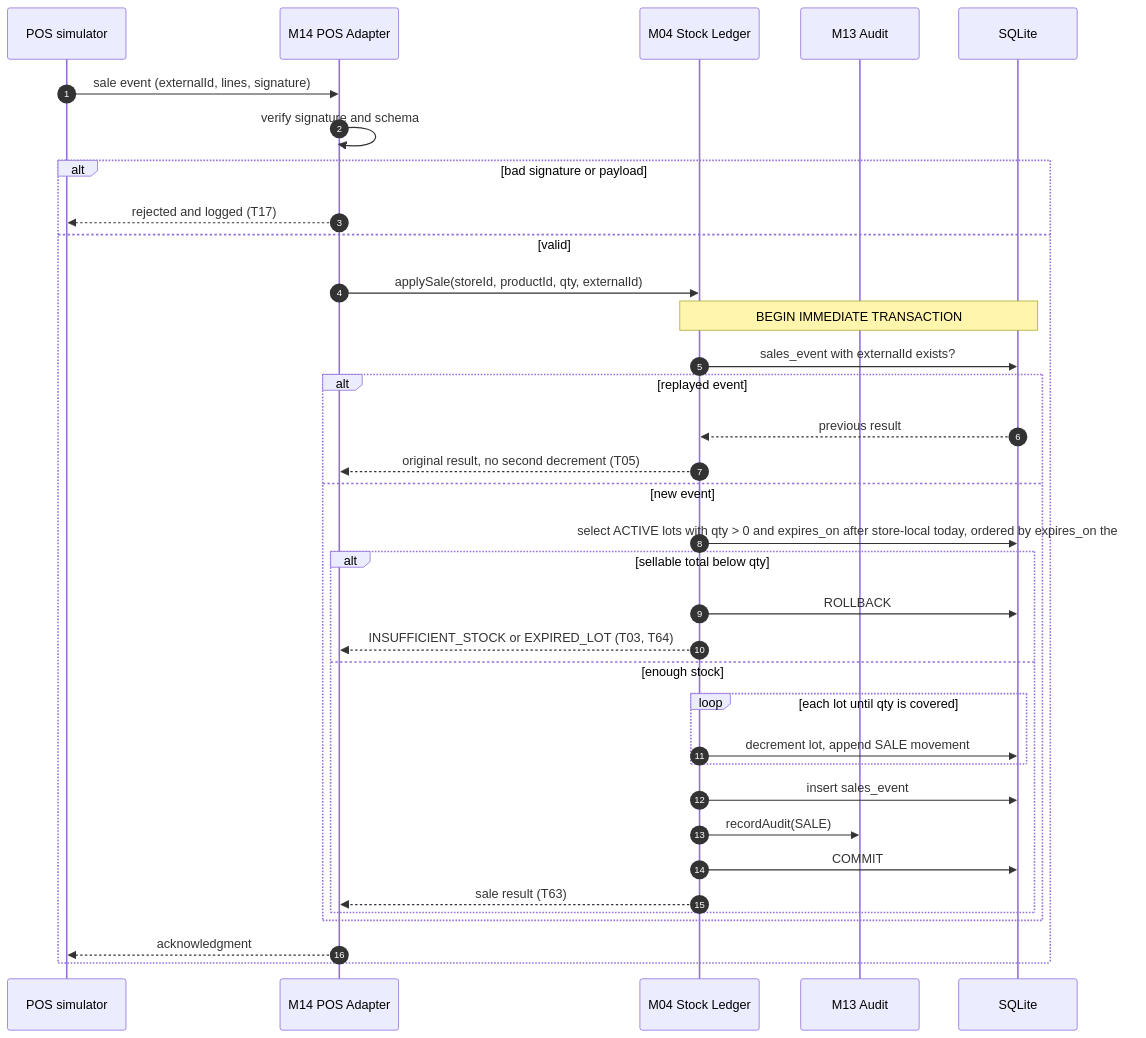
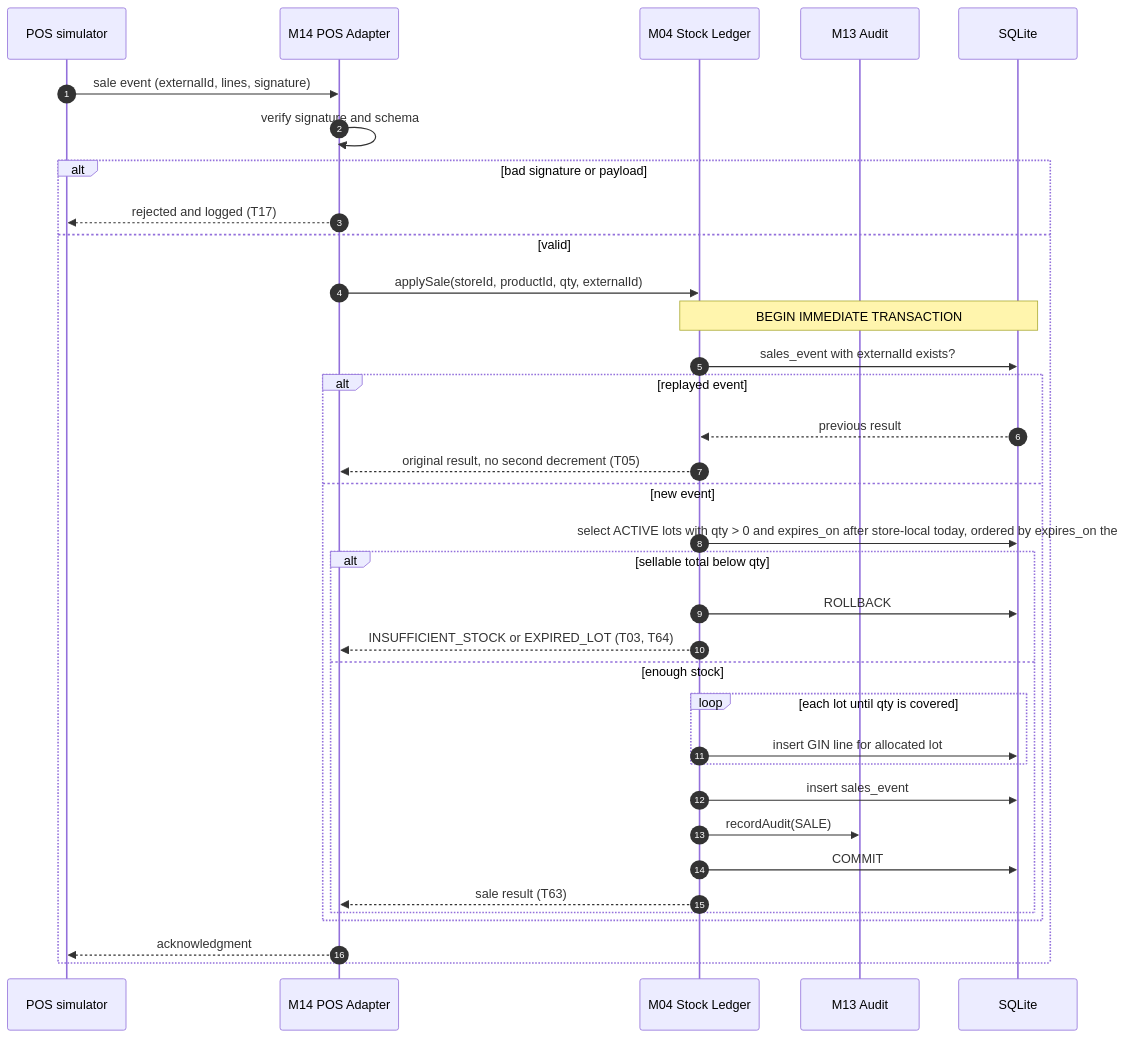
The seventh of 17 diagrams in ARCHITECTURE.md (zepion1/SWE-PROJECT), drawn with Mermaid before and after one commit. The commit also changed other lines of this file and 4 other files, not shown here.

````diff
--- a/ARCHITECTURE.md
+++ b/ARCHITECTURE.md
@@ -456,38 +452,38 @@
 ```mermaid
 sequenceDiagram
     autonumber
     participant POS as POS simulator
     participant M14 as M14 POS Adapter
     participant M04 as M04 Stock Ledger
     participant M13 as M13 Audit
     participant DB as SQLite
 
     POS->>M14: sale event (externalId, lines, signature)
     M14->>M14: verify signature and schema
     alt bad signature or payload
         M14-->>POS: rejected and logged (T17)
     else valid
         M14->>M04: applySale(storeId, productId, qty, externalId)
         Note over M04,DB: BEGIN IMMEDIATE TRANSACTION
         M04->>DB: sales_event with externalId exists?
         alt replayed event
             DB-->>M04: previous result
             M04-->>M14: original result, no second decrement (T05)
         else new event
             M04->>DB: select ACTIVE lots with qty > 0 and expires_on after store-local today, ordered by expires_on then id
             alt sellable total below qty
                 M04->>DB: ROLLBACK
                 M04-->>M14: INSUFFICIENT_STOCK or EXPIRED_LOT (T03, T64)
             else enough stock
                 loop each lot until qty is covered
-                    M04->>DB: decrement lot, append SALE movement
+                    M04->>DB: insert GIN line for allocated lot
                 end
                 M04->>DB: insert sales_event
                 M04->>M13: recordAudit(SALE)
                 M04->>DB: COMMIT
                 M04-->>M14: sale result (T63)
             end
         end
         M14-->>POS: acknowledgment
     end
 ```
````
